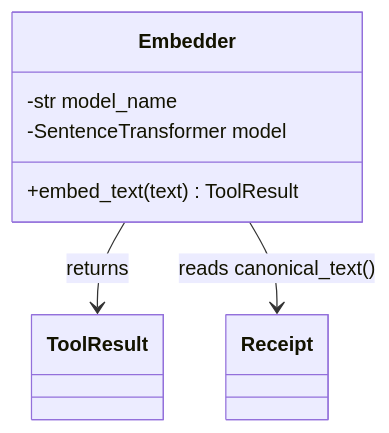
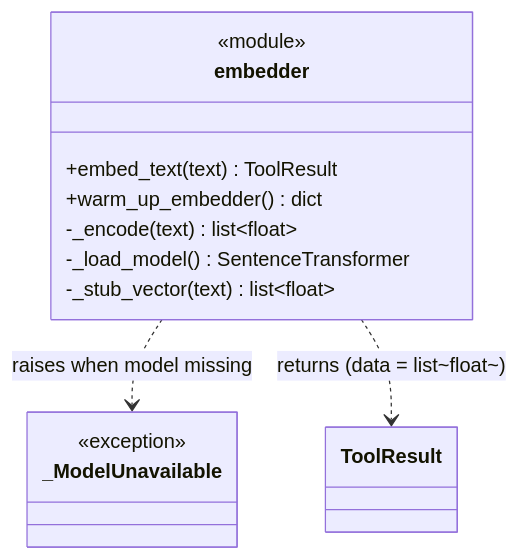
Before and after one commit to quanpro147/Spend-Sense-AI: the sixth of 14 diagrams in docs/SAD.md, drawn with Mermaid. The commit also changed other lines of this file, not shown here.

````diff
--- a/docs/SAD.md
+++ b/docs/SAD.md
@@ -551,11 +632,18 @@
 ```mermaid
 classDiagram
-    class Embedder {
-        -str model_name
-        -SentenceTransformer model
+    class embedder {
+        <<module>>
         +embed_text(text) ToolResult
+        +warm_up_embedder() dict
+        -_encode(text) list~float~
+        -_load_model() SentenceTransformer
+        -_stub_vector(text) list~float~
     }
 
-    Embedder --> ToolResult : returns
-    Embedder --> Receipt : reads canonical_text()
+    class _ModelUnavailable {
+        <<exception>>
+    }
+
+    embedder ..> _ModelUnavailable : raises when model missing
+    embedder ..> ToolResult : returns (data = list~float~)
 ```
````
